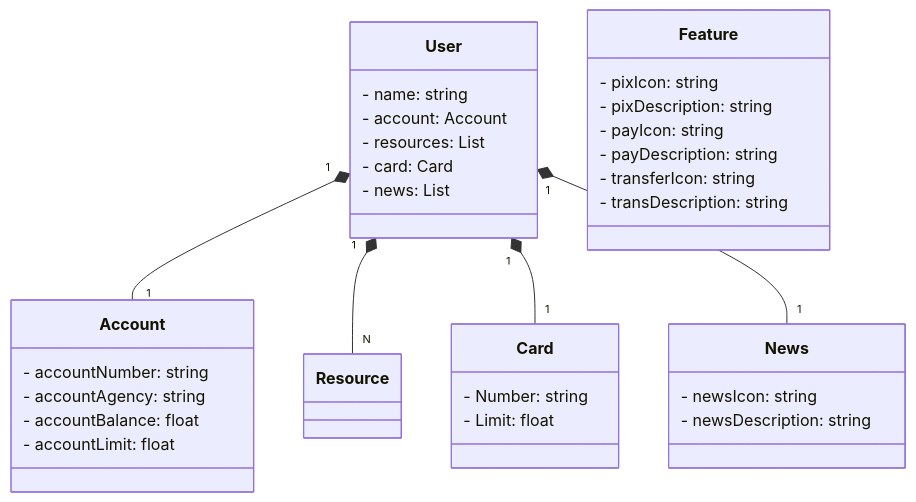
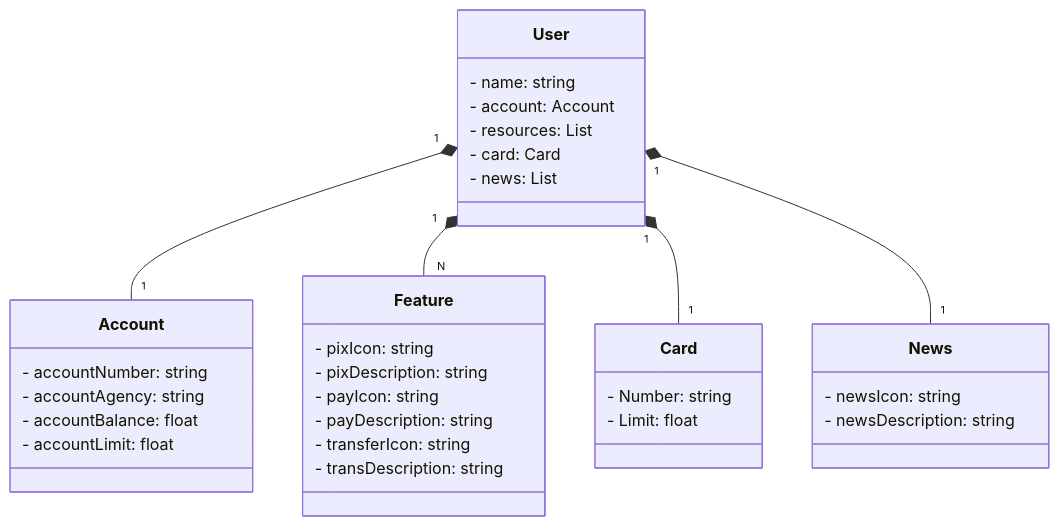
The diagram in README.md (Diego-de-Souza/Santander-dev-week-2023), drawn with Mermaid before and after one commit. The commit also changed other lines of this file, not shown here.

````diff
--- a/README.md
+++ b/README.md
@@ -6,41 +6,41 @@
 ```mermaid
 classDiagram
 class User {
   - name: string
   - account: Account
   - resources: List<Resource>
   - card: Card
   - news: List<News>
 }
 
 class Account {
   - accountNumber: string
   - accountAgency: string
   - accountBalance: float
   - accountLimit: float
 }
 
 class Feature {
   - pixIcon: string
   - pixDescription: string
   - payIcon: string
   - payDescription: string
   - transferIcon: string
   - transDescription: string
 }
 
 class Card {
   - Number: string
   - Limit: float
 }
 
 class News {
   - newsIcon: string
   - newsDescription: string
 }
 
 User "1" *-- "1" Account
-User "1" *-- "N" Resource
+User "1" *-- "N" Feature
 User "1" *-- "1" Card
 User "1" *-- "1" News
 ```
````
